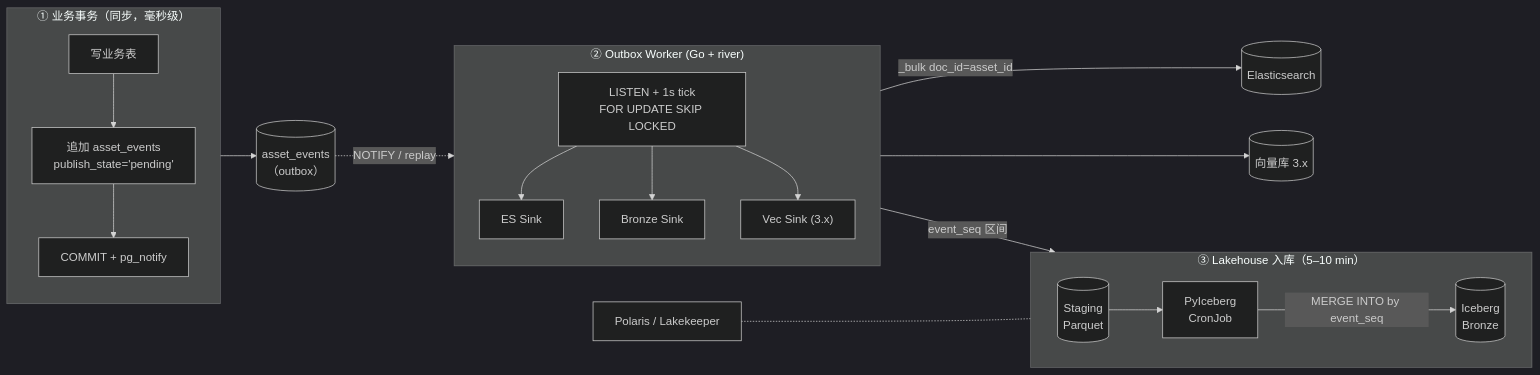
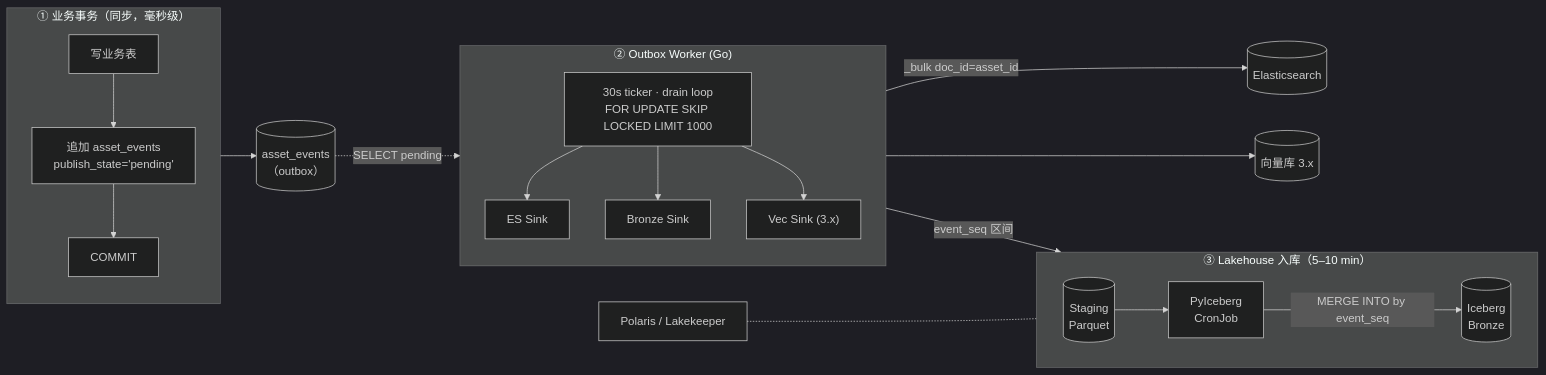
One commit to rouse2617/Databricks4robot changed diagram 13 of 24 in docs/review/data-platform-design.md. Above: the diagram before and after it, drawn with Mermaid (dark theme). The commit also changed other lines of this file and 2 other files, not shown here.

````diff
--- a/docs/review/data-platform-design.md
+++ b/docs/review/data-platform-design.md
@@ -1063,33 +1098,33 @@
 ```mermaid
 flowchart LR
     subgraph TX[① 业务事务（同步，毫秒级）]
         direction TB
-        WT[写业务表] --> WE[追加 asset_events<br>publish_state='pending'] --> CM[COMMIT + pg_notify]
+        WT[写业务表] --> WE[追加 asset_events<br>publish_state='pending'] --> CM[COMMIT]
     end
 
     PG[(asset_events<br>（outbox）)]
     CM --> PG
 
-    subgraph WK["② Outbox Worker (Go + river)"]
+    subgraph WK["② Outbox Worker (Go)"]
         direction TB
-        Loop[LISTEN + 1s tick<br>FOR UPDATE SKIP LOCKED]
+        Loop[30s ticker · drain loop<br>FOR UPDATE SKIP LOCKED LIMIT 1000]
         Loop --> SES[ES Sink]
         Loop --> SLK[Bronze Sink]
         Loop --> SV["Vec Sink (3.x)"]
     end
 
-    PG -. NOTIFY / replay .-> Loop
+    PG -. SELECT pending .-> Loop
 
     ES[(Elasticsearch)]
     Staging[(Staging<br>Parquet)]
     Vec[(向量库 3.x)]
     SES -->|_bulk doc_id=asset_id| ES
     SLK -->|event_seq 区间| Staging
     SV --> Vec
 
     subgraph Lake[③ Lakehouse 入库（5–10 min）]
         direction LR
         Staging --> Cron[PyIceberg<br>CronJob] -->|MERGE INTO by event_seq| Bronze[(Iceberg<br>Bronze)]
     end
     Catalog[Polaris / Lakekeeper] -.- Bronze
 ```
````
